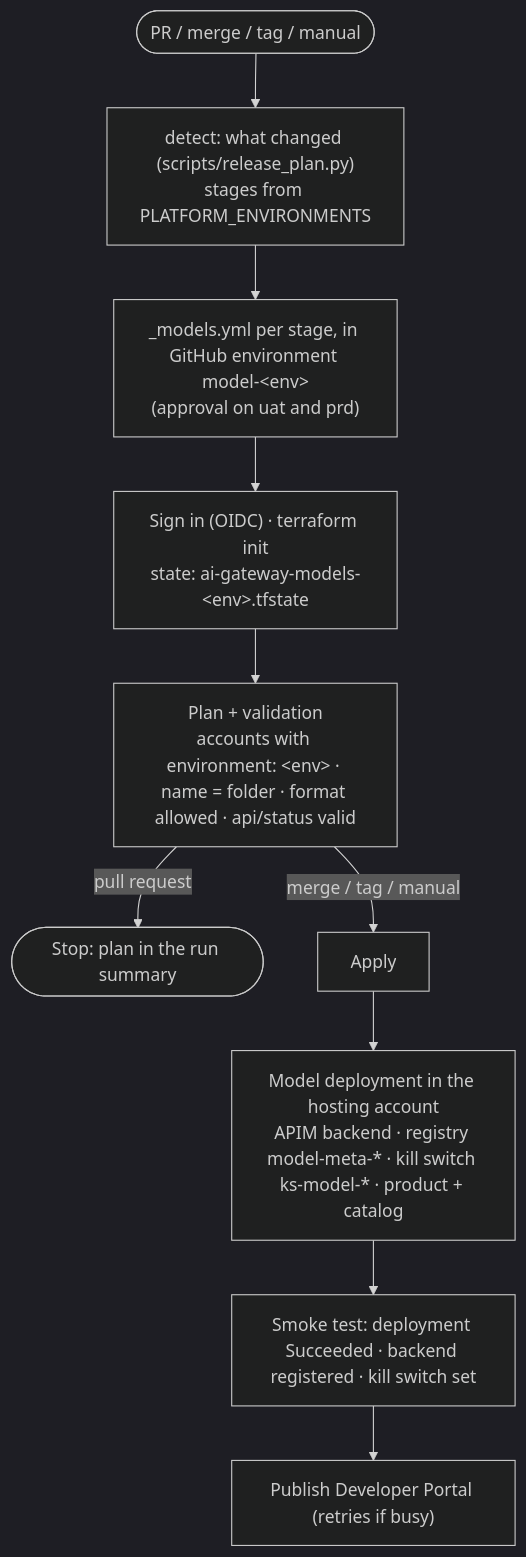
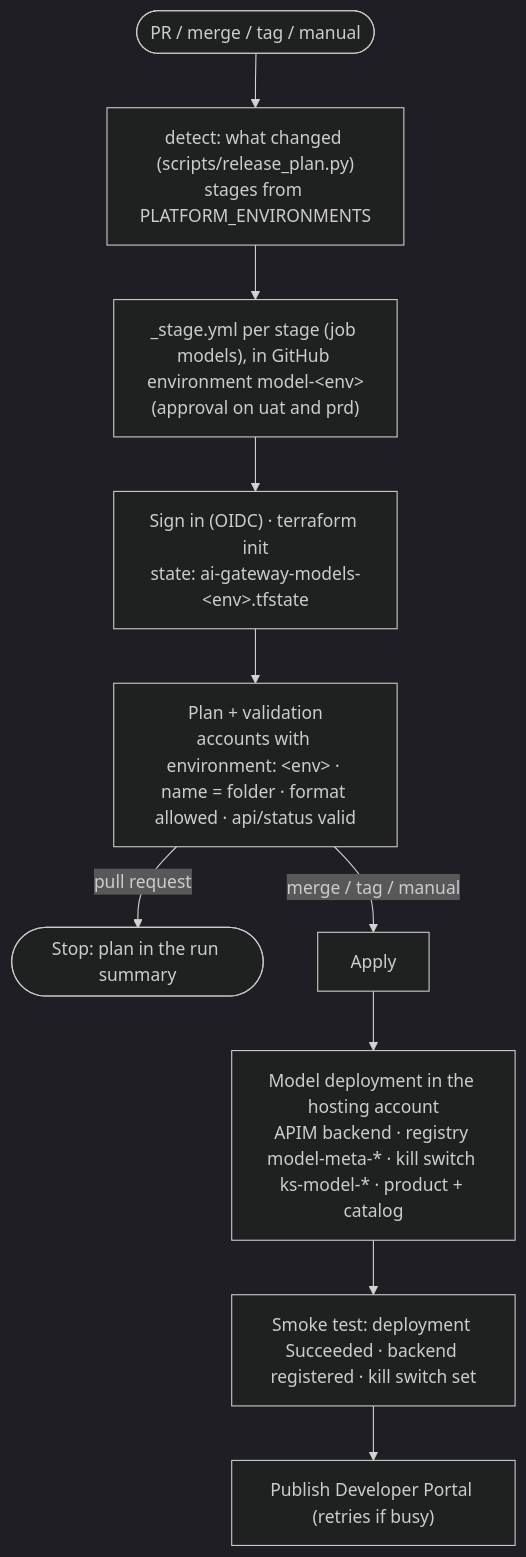
One commit to DeepuMM/ai-gateway changed the second of 2 diagrams in gateway/README.md. Above: the diagram before and after it, drawn with Mermaid (dark theme). The commit also changed other lines of this file and 9 other files, not shown here.

First line of the commit message:
Pipelines flattened: a stage is one group of jobs (plan, policies, models)

````diff
--- a/gateway/README.md
+++ b/gateway/README.md
@@ -74,12 +74,12 @@
 ```mermaid
 flowchart TD
   T([PR / merge / tag / manual]) --> D["detect: what changed (scripts/release_plan.py)<br/>stages from PLATFORM_ENVIRONMENTS"]
-  D --> L["_models.yml per stage, in GitHub environment model-&lt;env&gt;<br/>(approval on uat and prd)"]
+  D --> L["_stage.yml per stage (job models), in GitHub environment model-&lt;env&gt;<br/>(approval on uat and prd)"]
   L --> I["Sign in (OIDC) · terraform init<br/>state: ai-gateway-models-&lt;env&gt;.tfstate"]
   I --> P["Plan + validation<br/>accounts with environment: &lt;env&gt; · name = folder · format allowed · api/status valid"]
   P -->|pull request| S1([Stop: plan in the run summary])
   P -->|merge / tag / manual| A1["Apply"]
   A1 --> R1["Model deployment in the hosting account<br/>APIM backend · registry model-meta-* · kill switch ks-model-* · product + catalog"]
   R1 --> SM["Smoke test: deployment Succeeded · backend registered · kill switch set"]
   SM --> PP["Publish Developer Portal (retries if busy)"]
 ```
````
